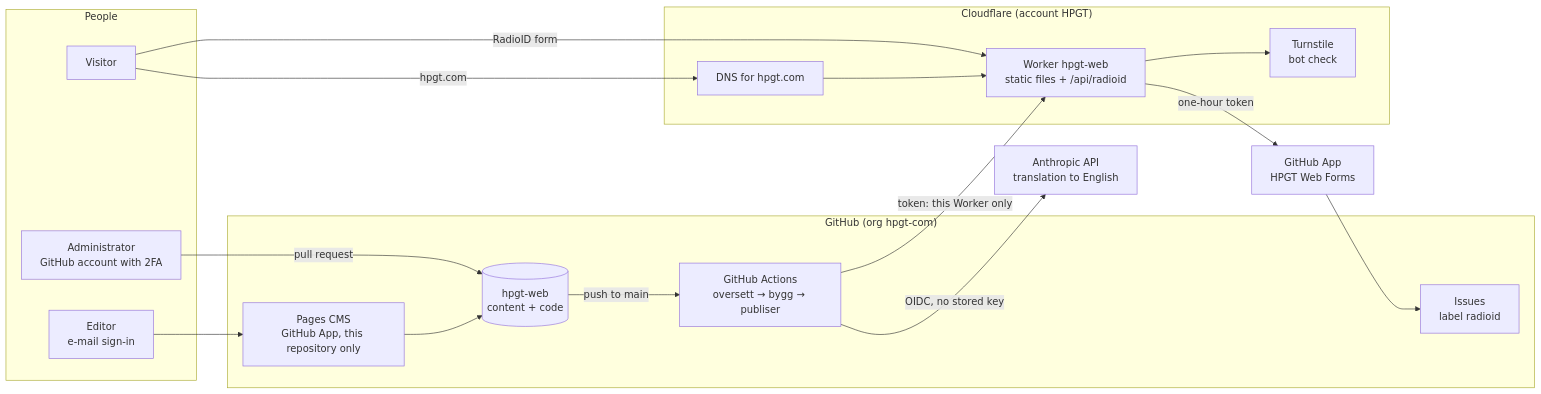
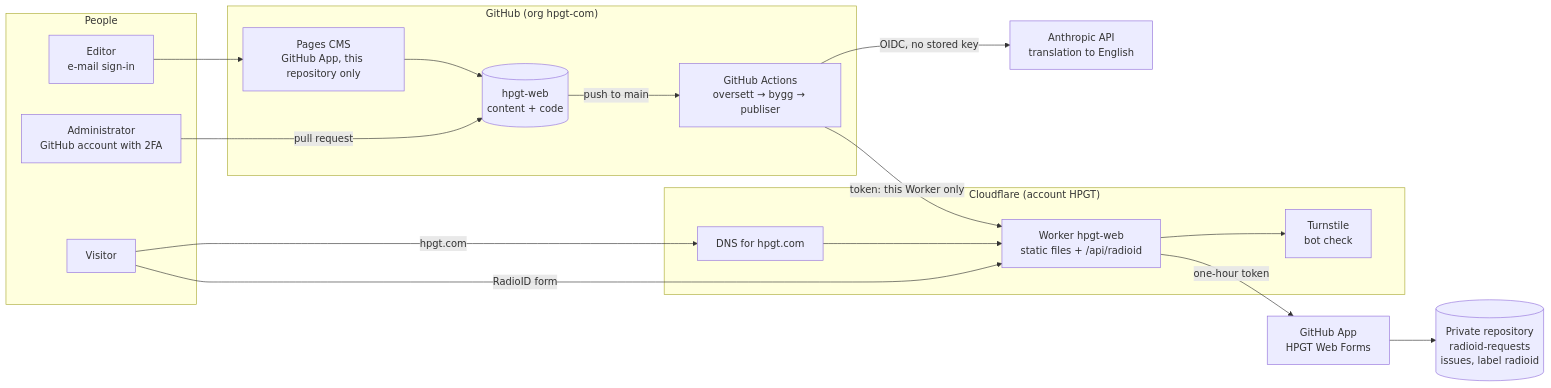
One commit to hpgt-com/hpgt-web changed the first of 3 diagrams in docs/architecture.md. Above: the diagram before and after it, drawn with Mermaid. The commit also changed other lines of this file and 9 other files, not shown here.

````diff
--- a/docs/architecture.md
+++ b/docs/architecture.md
@@ -20,34 +20,35 @@
 ```mermaid
 flowchart LR
   subgraph People
     R[Editor<br/>e-mail sign-in]
     A[Administrator<br/>GitHub account with 2FA]
     B[Visitor]
   end
 
   subgraph GitHub["GitHub (org hpgt-com)"]
     CMS[Pages CMS<br/>GitHub App, this repository only]
     REPO[(hpgt-web<br/>content + code)]
     ACT[GitHub Actions<br/>oversett → bygg → publiser]
-    ISS[Issues<br/>label radioid]
   end
+
+  ISS[(Private repository<br/>radioid-requests<br/>issues, label radioid)]
 
   subgraph Cloudflare["Cloudflare (account HPGT)"]
     W[Worker hpgt-web<br/>static files + /api/radioid]
     TS[Turnstile<br/>bot check]
     DNS[DNS for hpgt.com]
   end
 
   AN[Anthropic API<br/>translation to English]
   APP[GitHub App<br/>HPGT Web Forms]
 
   R --> CMS --> REPO
   A -- pull request --> REPO
   REPO -- push to main --> ACT
   ACT -- OIDC, no stored key --> AN
   ACT -- token: this Worker only --> W
   B -- hpgt.com --> DNS --> W
   B -- RadioID form --> W
   W --> TS
   W -- one-hour token --> APP --> ISS
 ```
````
